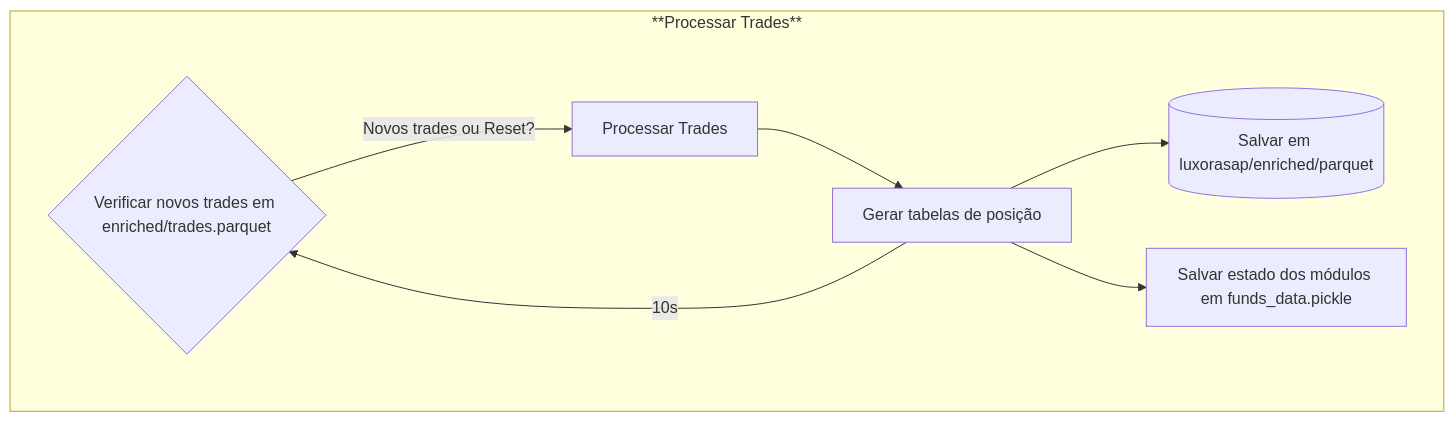
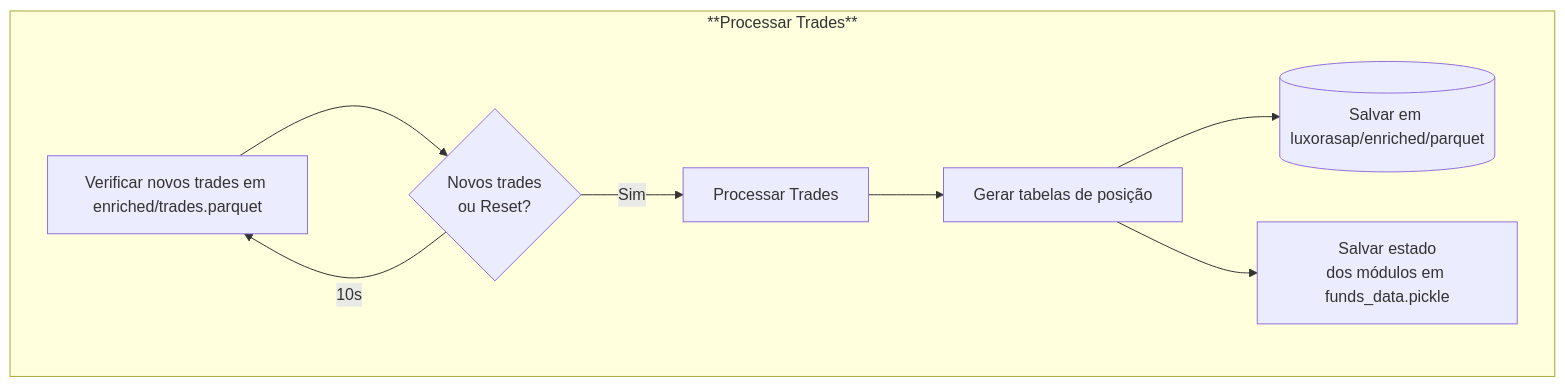
One commit to luxorinvestimentos/luxorasap-onedrive-docs changed the second of 2 diagrams in docs/architecture/pipeline_luxorASAP.md. Above: the diagram before and after it, drawn with Mermaid. The commit also changed other lines of this file and 4 other files, not shown here.

````diff
--- a/docs/architecture/pipeline_luxorASAP.md
+++ b/docs/architecture/pipeline_luxorASAP.md
@@ -31,13 +32,14 @@
 ```mermaid
 flowchart TD
     subgraph "**Processar Trades**"
     direction LR
-      G{Verificar novos trades em enriched/trades.parquet};
-      G -- Novos trades ou Reset? --> H[Processar Trades];
+      G[Verificar novos trades em enriched/trades.parquet];
+      G --> L{"Novos trades<br> ou Reset?"};
+      L -- Sim --> H[Processar Trades];
+      L -->|"10s"| G;
       H --> I[Gerar tabelas de posição];
       I --> J[(Salvar em luxorasap/enriched/parquet)];
-      I --> K["Salvar estado dos módulos em funds_data.pickle"];
-      I -->|"10s"| G;
+      I --> K["Salvar estado<br>dos módulos em funds_data.pickle"];
     end
     
 ```
````
